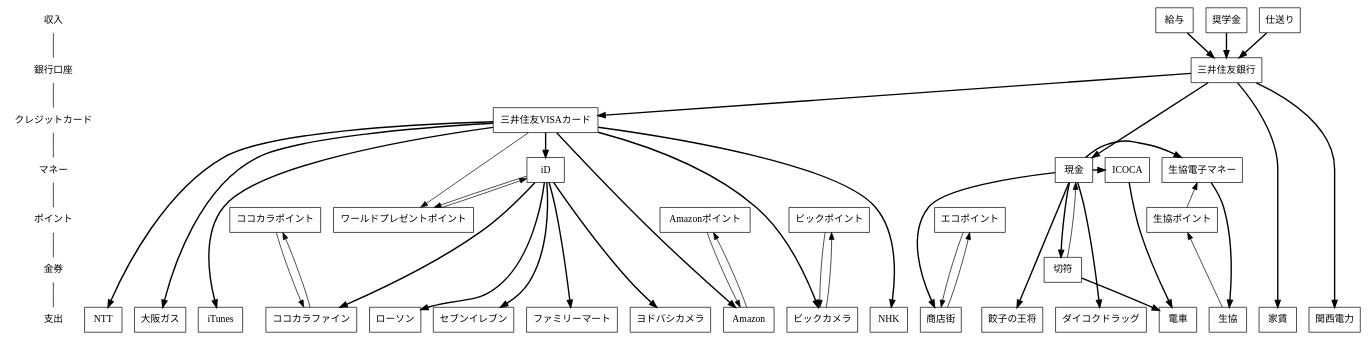
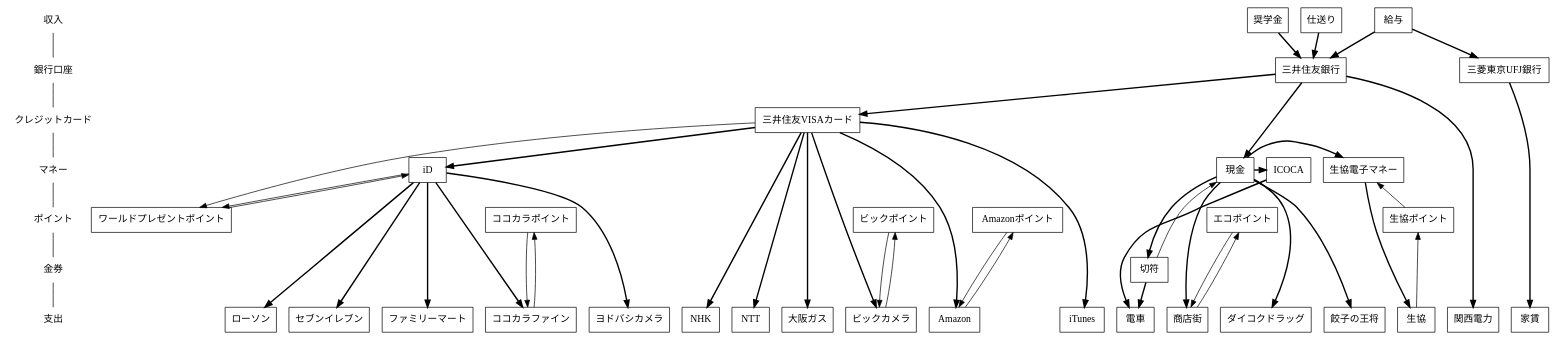
The diagram in flow.dot (saireya/moneyflow), drawn with Graphviz before and after one commit.

Commit message:
2014/04: Added UFJ

```diff
--- a/flow.dot
+++ b/flow.dot
@@ -1,114 +1,119 @@
 // dot -Tsvg flow.dot -o flow.svg
 digraph "MoneyFlow"
 {
 	node [ shape = box ];
 
 	"収入", "銀行口座", "クレジットカード", "マネー", "ポイント", "金券", "支出" [shape = none];
 	"収入" -> "銀行口座" -> "クレジットカード" -> "マネー" -> "ポイント" -> "金券" -> "支出" [arrowhead = none];
 	{
 		rank = same; "収入";
 		給与;
 		奨学金;
 		仕送り;
 	}
 
 	{
 		rank = same; "銀行口座";
 		三井住友銀行;
+		三菱東京UFJ銀行;
 	}
 
 	{
 		rank = same; "クレジットカード";
 		三井住友VISAカード;
 	}
 
 	{
 		rank = same; "マネー";
 		ICOCA;
 		生協電子マネー;
 		現金;
 		iD;
 	}
 
 	{
 		rank = same; "ポイント";
 		// クレジットカード関係
 		ワールドプレゼントポイント;
 		// 独自ポイント
 		エコポイント;
 		生協ポイント;
 		ココカラポイント;
 		ビックポイント;
 		Amazonポイント;
 	}
 
 	{
 		rank = same; "金券";
 		切符;
 	}
 
 	{
 		rank = same; "支出";
 		家賃;
 		// コンビニ
 		ローソン;
 		セブンイレブン;
 		ファミリーマート;
 		// 交通
 		電車;
 		// インフラ
 		NHK;
 		NTT;
 		関西電力;
 		大阪ガス;
 		// 店舗
 		商店街;
 		生協;
 		ココカラファイン;
 		ダイコクドラッグ;
 		ビックカメラ;
 		ヨドバシカメラ;
 		餃子の王将;
 		// ネット
 		Amazon;
 		iTunes;
 	}
 
 	// SMBC
 	給与 -> 三井住友銀行 [style="bold", weight=100];
 	奨学金 -> 三井住友銀行 [style="bold", weight=100];
 	仕送り -> 三井住友銀行 [style="bold", weight=100];
-	三井住友銀行 -> 現金, 家賃, 関西電力 [style="bold", weight=100];
+	三井住友銀行 -> 現金, 関西電力 [style="bold", weight=100];
 
 	// SMBC-Visa
 	三井住友銀行 -> 三井住友VISAカード [style="bold", weight=100];
 	三井住友VISAカード -> 大阪ガス, NHK, NTT [style="bold", weight=100];
 	三井住友VISAカード -> iTunes [style="bold", weight=100];
 	三井住友VISAカード -> Amazon [style="bold", weight=100];
 	三井住友VISAカード -> ワールドプレゼントポイント;
 	Amazon -> Amazonポイント -> Amazon;
 	三井住友VISAカード -> ビックカメラ [style="bold", weight=100];
 	ビックカメラ -> ビックポイント -> ビックカメラ;
 	// iD
 	三井住友VISAカード -> iD [style="bold", weight=100];
 	iD -> ローソン [style="bold", weight=100];
 	iD -> セブンイレブン [style="bold", weight=100];
 	iD -> ファミリーマート [style="bold", weight=100];
 	iD -> ココカラファイン [style="bold", weight=100];
 	ココカラファイン -> ココカラポイント -> ココカラファイン;
 	iD -> ヨドバシカメラ [style="bold", weight=100];
 	iD -> ワールドプレゼントポイント -> iD;
 
+	// UFJ
+	給与 -> 三菱東京UFJ銀行 [style="bold", weight=100];
+	三菱東京UFJ銀行 -> 家賃 [style="bold", weight=100];
+
 	// 現金
 	現金 -> 商店街 [style="bold", weight=100];
 	商店街 -> エコポイント -> 商店街;
 	現金 -> 生協電子マネー [style="bold", weight=100];
 	生協電子マネー -> 生協 [style="bold", weight=100];
 	生協 -> 生協ポイント -> 生協電子マネー;
 	現金 -> ダイコクドラッグ [style="bold", weight=100];
 	現金 -> 餃子の王将 [style="bold", weight=100];
 
 	現金 -> ICOCA -> 電車 [style="bold", weight=100];
 	現金 -> 切符 -> 電車 [style="bold", weight=100];
 	切符 -> 現金;
 } 
```
